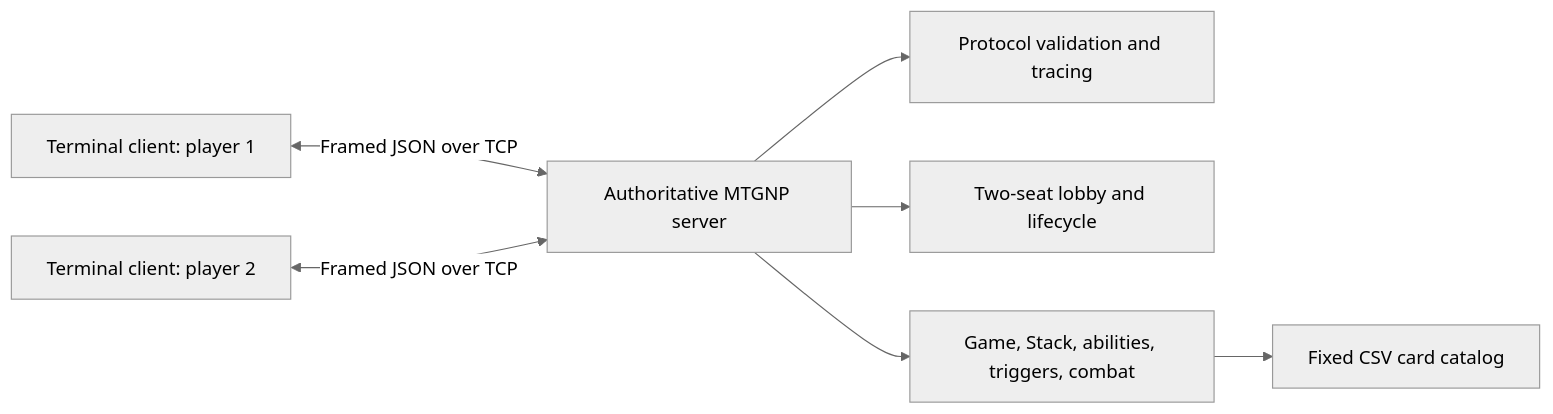
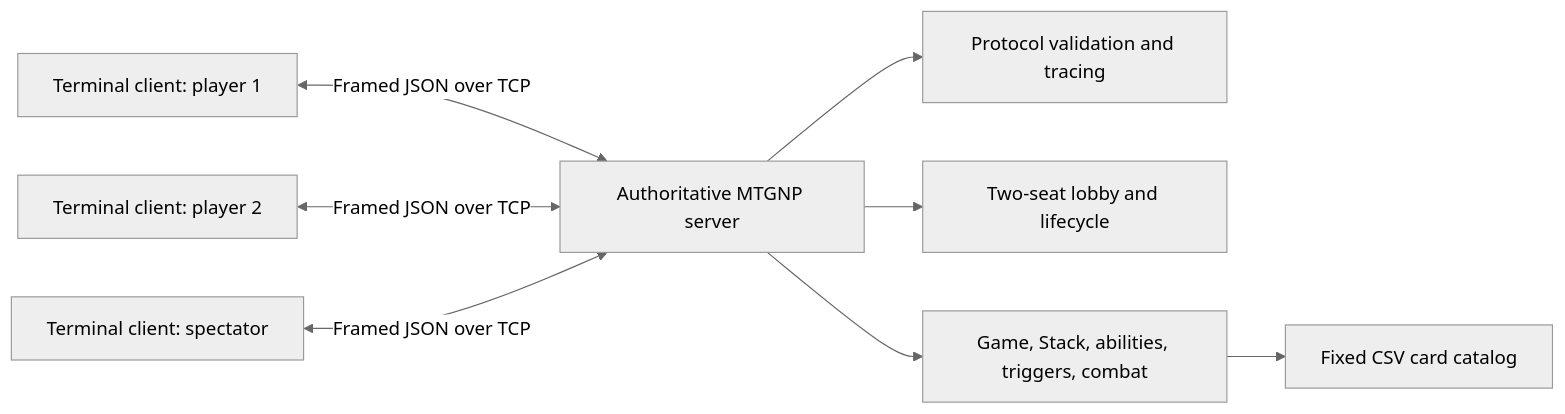
Before and after one commit to klyckman/CSNETWK: the first of 2 diagrams in README.md, drawn with Mermaid (neutral theme). The commit also changed other lines of this file and 4 other files, not shown here.

````diff
--- a/README.md
+++ b/README.md
@@ -198,9 +199,10 @@
 ```mermaid
 flowchart LR
     C1["Terminal client: player 1"] <-->|"Framed JSON over TCP"| S["Authoritative MTGNP server"]
     C2["Terminal client: player 2"] <-->|"Framed JSON over TCP"| S
+    CS["Terminal client: spectator"] <-->|"Framed JSON over TCP"| S
     S --> P["Protocol validation and tracing"]
     S --> L["Two-seat lobby and lifecycle"]
     S --> G["Game, Stack, abilities, triggers, combat"]
     G --> D["Fixed CSV card catalog"]
 ```
````
